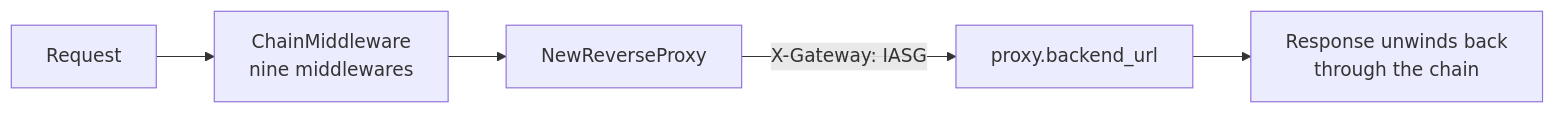
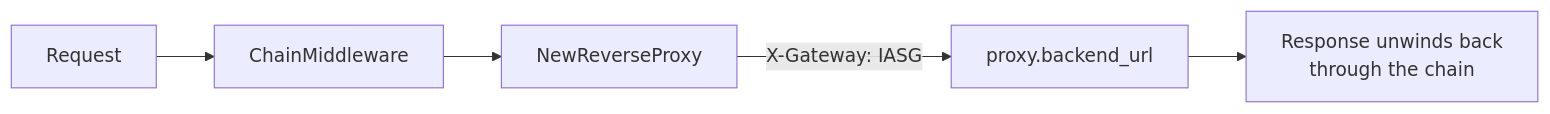
The diagram in gateway/docs/modules/proxy-module.md (Adnan-Safdari/Intelligent_API_Security_Gateway), drawn with Mermaid before and after one commit. The commit also changed other lines of this file and 36 other files, not shown here.

````diff
--- a/gateway/docs/modules/proxy-module.md
+++ b/gateway/docs/modules/proxy-module.md
@@ -79,7 +85,7 @@
 ```mermaid
 flowchart LR
-    Req[Request] --> Chain[ChainMiddleware<br/>nine middlewares]
+    Req[Request] --> Chain[ChainMiddleware]
     Chain --> RP[NewReverseProxy]
     RP -->|X-Gateway: IASG| Backend[proxy.backend_url]
     Backend --> Resp[Response unwinds back<br/>through the chain]
 ```
````
